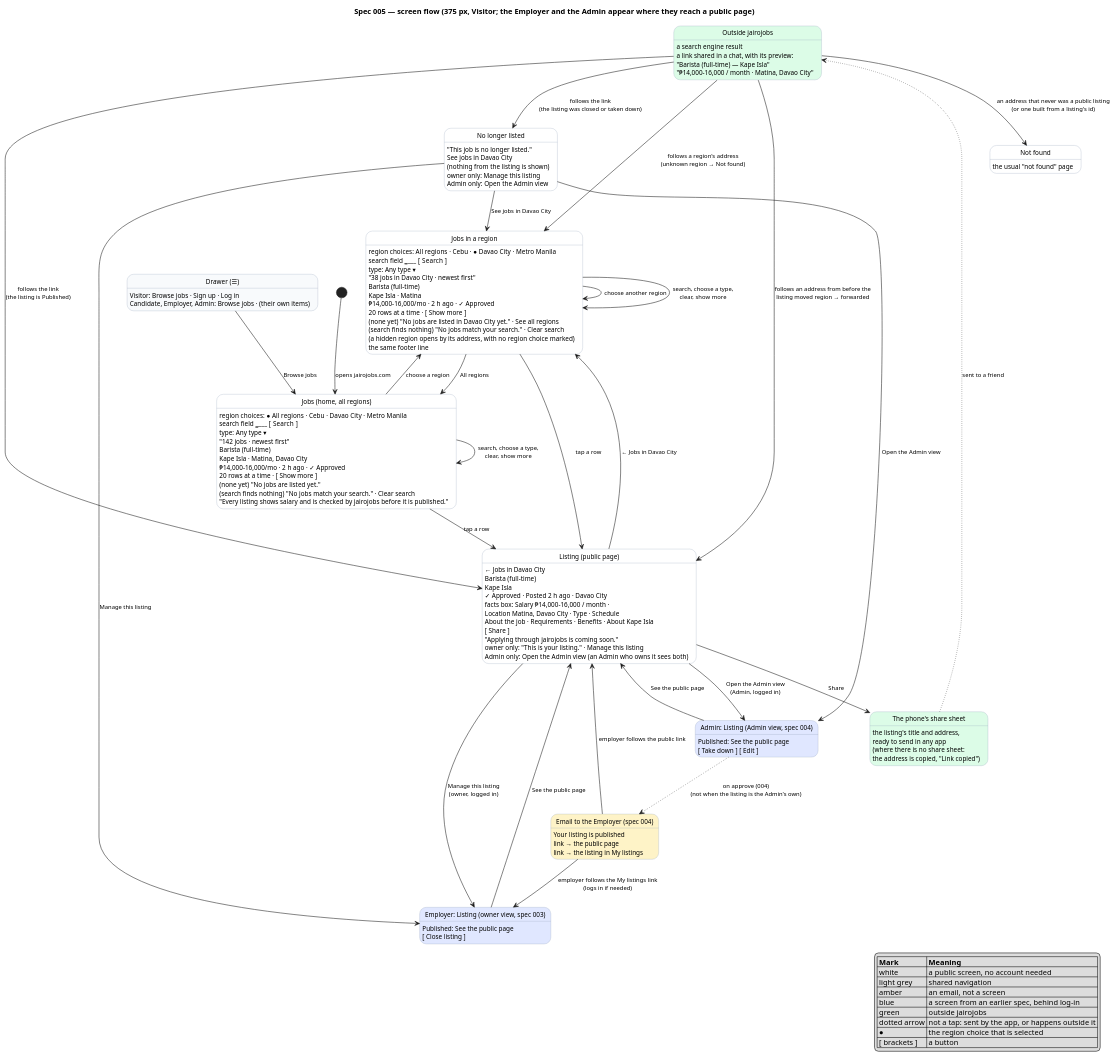
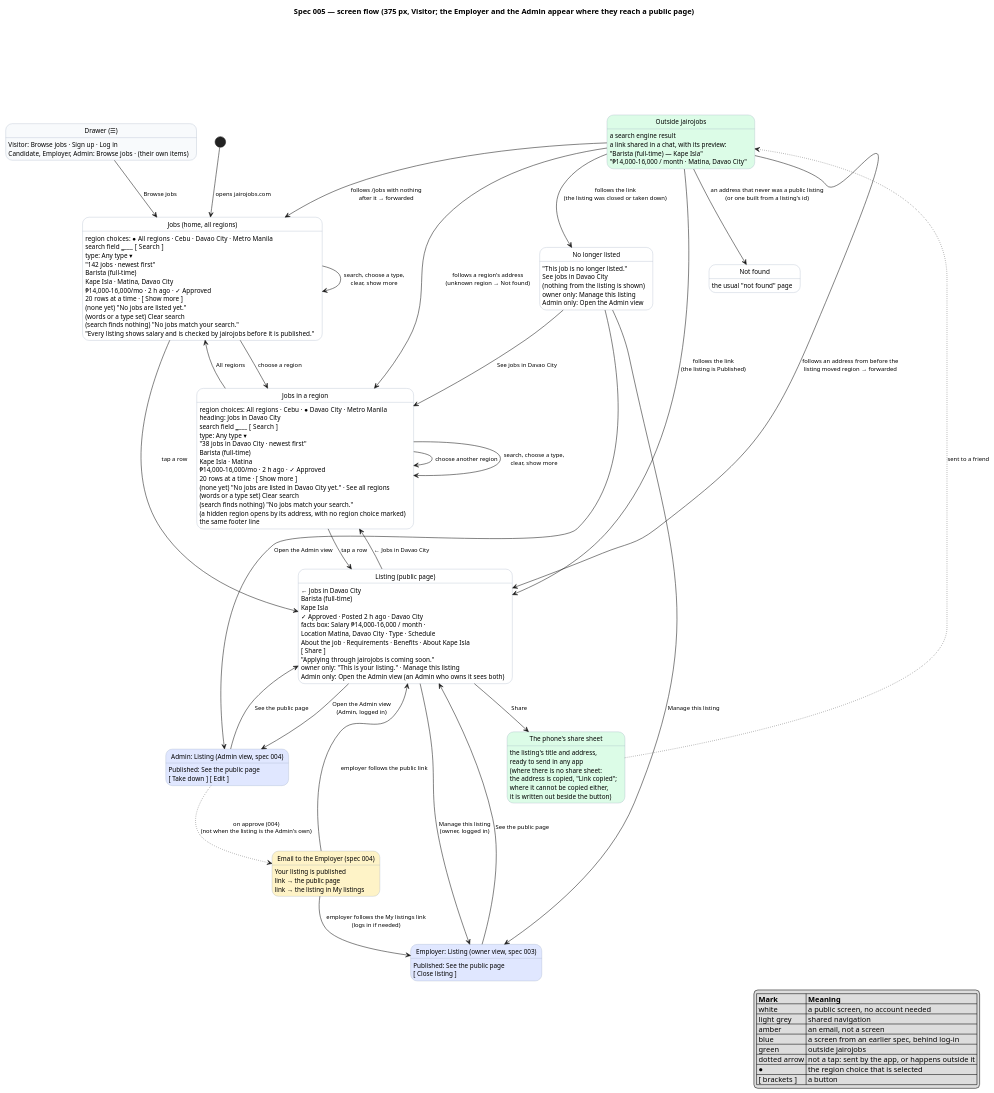
One commit to raseniero/jairojobs-elixir changed the diagram in docs/specs/005-public-browse-search/diagrams/screenflow-browse.puml. Above: the diagram before and after it, drawn with PlantUML. The commit also changed 12 other files, not shown here.

```diff
--- a/docs/specs/005-public-browse-search/diagrams/screenflow-browse.puml
+++ b/docs/specs/005-public-browse-search/diagrams/screenflow-browse.puml
@@ -1,138 +1,144 @@
 @startuml screenflow-browse
 ' Spec 005 — screen flow. Each state is a screen (key elements listed); each arrow is a user action.
 ' Every user story US-005-1..11 is a path through this diagram (see table in spec.md).
 
 hide empty description
 skinparam state {
   BackgroundColor white
   BackgroundColor<<public>> #f8fafc
   BackgroundColor<<email>> #fef3c7
   BackgroundColor<<other>> #e0e7ff
   BackgroundColor<<outside>> #dcfce7
   BorderColor #94a3b8
   FontSize 12
 }
 skinparam arrowFontSize 11
 
 title Spec 005 — screen flow (375 px, Visitor; the Employer and the Admin appear where they reach a public page)
 
 state "Outside jairojobs" as Outside <<outside>>
 Outside : a search engine result
 Outside : a link shared in a chat, with its preview:
 Outside : "Barista (full-time) — Kape Isla"
 Outside : "₱14,000–16,000 / month · Matina, Davao City"
 
 state "Drawer (☰)" as Drawer <<public>>
 Drawer : Visitor: Browse jobs · Sign up · Log in
 Drawer : Candidate, Employer, Admin: Browse jobs · (their own items)
 
 state "Jobs (home, all regions)" as All
 All : region choices: ● All regions · Cebu · Davao City · Metro Manila
 All : search field ________  [ Search ]
 All : type: Any type ▾
 All : "142 jobs · newest first"
 All : Barista (full-time)
 All : Kape Isla · Matina, Davao City
 All : ₱14,000–16,000/mo · 2 h ago · ✓ Approved
 All : 20 rows at a time · [ Show more ]
 All : (none yet) "No jobs are listed yet."
-All : (search finds nothing) "No jobs match your search." · Clear search
+All : (words or a type set) Clear search
+All : (search finds nothing) "No jobs match your search."
 All : "Every listing shows salary and is checked by jairojobs before it is published."
 
 state "Jobs in a region" as Region
 Region : region choices: All regions · Cebu · ● Davao City · Metro Manila
+Region : heading: Jobs in Davao City
 Region : search field ________  [ Search ]
 Region : type: Any type ▾
 Region : "38 jobs in Davao City · newest first"
 Region : Barista (full-time)
 Region : Kape Isla · Matina
 Region : ₱14,000–16,000/mo · 2 h ago · ✓ Approved
 Region : 20 rows at a time · [ Show more ]
 Region : (none yet) "No jobs are listed in Davao City yet." · See all regions
-Region : (search finds nothing) "No jobs match your search." · Clear search
+Region : (words or a type set) Clear search
+Region : (search finds nothing) "No jobs match your search."
 Region : (a hidden region opens by its address, with no region choice marked)
 Region : the same footer line
 
 state "Listing (public page)" as Listing
 Listing : ← Jobs in Davao City
 Listing : Barista (full-time)
 Listing : Kape Isla
 Listing : ✓ Approved · Posted 2 h ago · Davao City
 Listing : facts box: Salary ₱14,000–16,000 / month ·
 Listing : Location Matina, Davao City · Type · Schedule
 Listing : About the job · Requirements · Benefits · About Kape Isla
 Listing : [ Share ]
 Listing : "Applying through jairojobs is coming soon."
 Listing : owner only: "This is your listing." · Manage this listing
 Listing : Admin only: Open the Admin view (an Admin who owns it sees both)
 
 state "No longer listed" as Gone
 Gone : "This job is no longer listed."
 Gone : See jobs in Davao City
 Gone : (nothing from the listing is shown)
 Gone : owner only: Manage this listing
 Gone : Admin only: Open the Admin view
 
 state "Not found" as NotFound
 NotFound : the usual "not found" page
 
 state "The phone's share sheet" as Sheet <<outside>>
 Sheet : the listing's title and address,
 Sheet : ready to send in any app
 Sheet : (where there is no share sheet:
-Sheet : the address is copied, "Link copied")
+Sheet : the address is copied, "Link copied";
+Sheet : where it cannot be copied either,
+Sheet : it is written out beside the button)
 
 state "Email to the Employer (spec 004)" as Mail <<email>>
 Mail : Your listing is published
 Mail : link → the public page
 Mail : link → the listing in My listings
 
 state "Employer: Listing (owner view, spec 003)" as Owner <<other>>
 Owner : Published: See the public page
 Owner : [ Close listing ]
 
 state "Admin: Listing (Admin view, spec 004)" as Admin <<other>>
 Admin : Published: See the public page
 Admin : [ Take down ] [ Edit ]
 
 [*] --> All : opens jairojobs.com
 Drawer --> All : Browse jobs
 All --> Region : choose a region
 Region --> Region : choose another region
 Region --> All : All regions
 All --> All : search, choose a type,\nclear, show more
 Region --> Region : search, choose a type,\nclear, show more
 All --> Listing : tap a row
 Region --> Listing : tap a row
 Listing --> Region : ← Jobs in Davao City
 Listing --> Sheet : Share
 Sheet -[dotted]-> Outside : sent to a friend
 Outside --> Listing : follows the link\n(the listing is Published)
 Outside --> Gone : follows the link\n(the listing was closed or taken down)
 Outside --> Listing : follows an address from before the\nlisting moved region → forwarded
 Outside --> NotFound : an address that never was a public listing\n(or one built from a listing's id)
 Outside --> Region : follows a region's address\n(unknown region → Not found)
+Outside --> All : follows /jobs with nothing\nafter it → forwarded
 Gone --> Region : See jobs in Davao City
 
 Admin -[dotted]-> Mail : on approve (004)\n(not when the listing is the Admin's own)
 Mail --> Listing : employer follows the public link
 Mail --> Owner : employer follows the My listings link\n(logs in if needed)
 Listing --> Owner : Manage this listing\n(owner, logged in)
 Owner --> Listing : See the public page
 Listing --> Admin : Open the Admin view\n(Admin, logged in)
 Admin --> Listing : See the public page
 Gone --> Owner : Manage this listing
 Gone --> Admin : Open the Admin view
 
 legend right
   |= Mark |= Meaning |
   | white | a public screen, no account needed |
   | light grey | shared navigation |
   | amber | an email, not a screen |
   | blue | a screen from an earlier spec, behind log-in |
   | green | outside jairojobs |
   | dotted arrow | not a tap: sent by the app, or happens outside it |
   | ● | the region choice that is selected |
   | [ brackets ] | a button |
 endlegend
 @enduml
```
